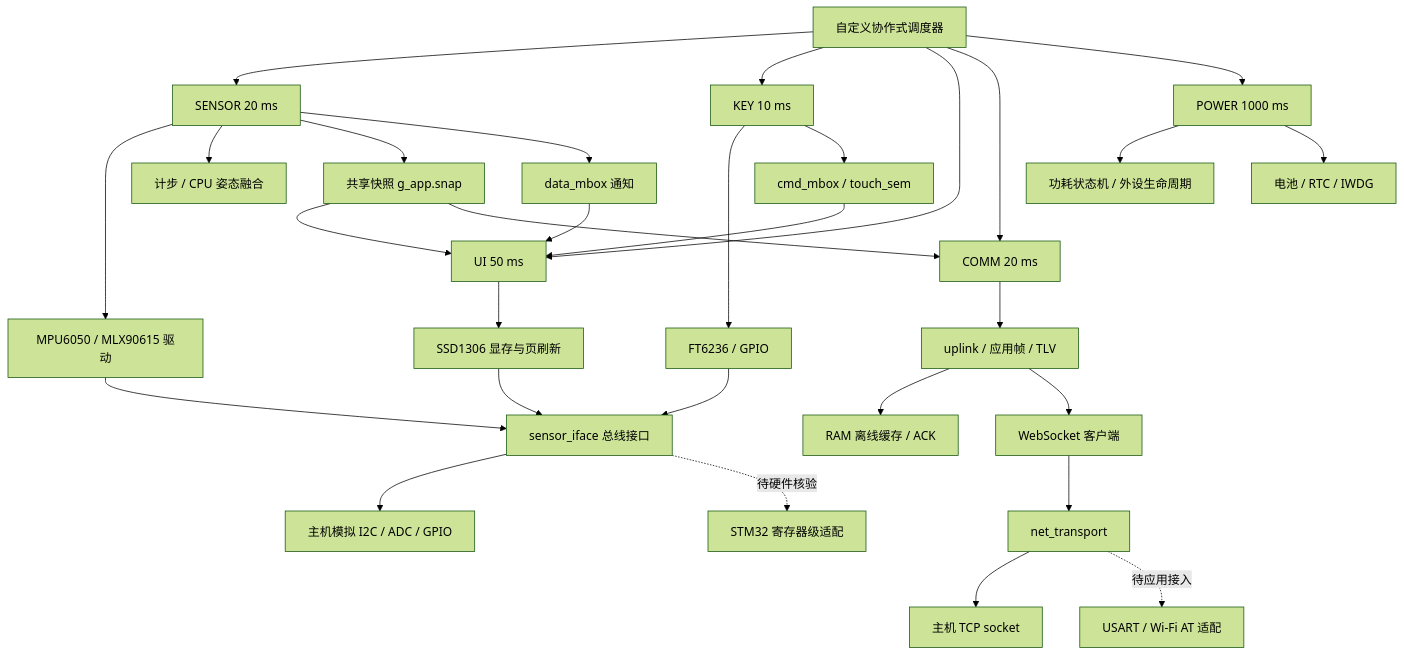
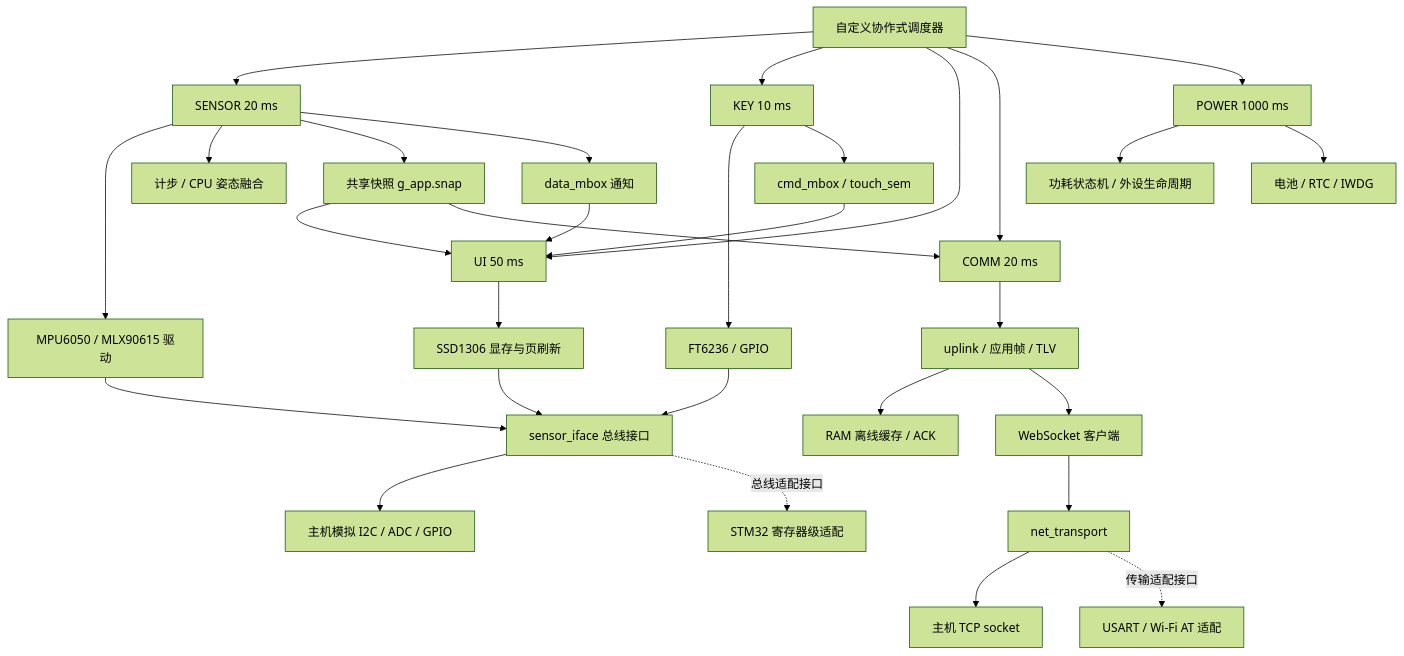
One commit to xiaoli5201314-spec/stm32-wearable-health-band changed the diagram in README.md. Above: the diagram before and after it, drawn with Mermaid (forest theme). The commit also changed other lines of this file, not shown here.

````diff
--- a/README.md
+++ b/README.md
@@ -39,34 +41,34 @@
 ```mermaid
 flowchart TB
     SCHED["自定义协作式调度器"] --> SENSOR["SENSOR 20 ms"]
     SCHED --> KEY["KEY 10 ms"]
     SCHED --> UI["UI 50 ms"]
     SCHED --> COMM["COMM 20 ms"]
     SCHED --> POWER["POWER 1000 ms"]
 
     SENSOR --> DRV["MPU6050 / MLX90615 驱动"]
     SENSOR --> ALGO["计步 / CPU 姿态融合"]
     SENSOR --> SNAP["共享快照 g_app.snap"]
     SENSOR --> DATA["data_mbox 通知"]
     KEY --> TOUCH["FT6236 / GPIO"]
     KEY --> INPUT["cmd_mbox / touch_sem"]
     INPUT --> UI
     DATA --> UI
     SNAP --> UI
     SNAP --> COMM
     UI --> OLED["SSD1306 显存与页刷新"]
     COMM --> UPLINK["uplink / 应用帧 / TLV"]
     UPLINK --> CACHE["RAM 离线缓存 / ACK"]
     UPLINK --> WS["WebSocket 客户端"]
     WS --> NET["net_transport"]
     POWER --> PM["功耗状态机 / 外设生命周期"]
     POWER --> AUX["电池 / RTC / IWDG"]
 
     DRV --> BUS["sensor_iface 总线接口"]
     TOUCH --> BUS
     OLED --> BUS
     BUS --> SIM["主机模拟 I2C / ADC / GPIO"]
     NET --> SOCKET["主机 TCP socket"]
-    BUS -.待硬件核验.-> STM["STM32 寄存器级适配"]
-    NET -.待应用接入.-> AT["USART / Wi-Fi AT 适配"]
+    BUS -.总线适配接口.-> STM["STM32 寄存器级适配"]
+    NET -.传输适配接口.-> AT["USART / Wi-Fi AT 适配"]
 ```
````
